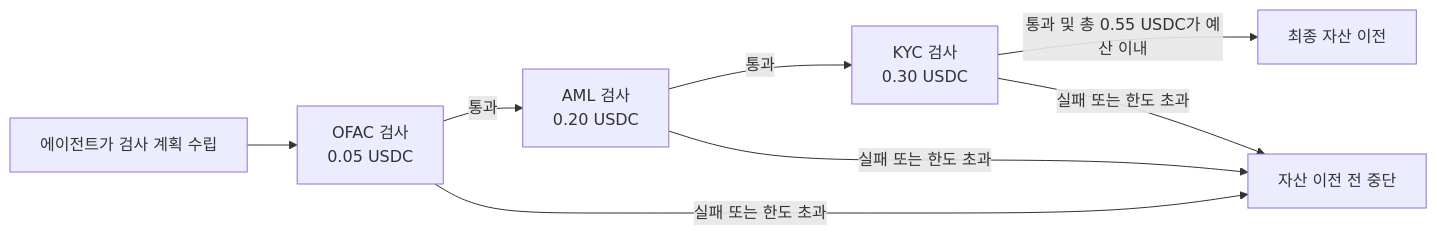
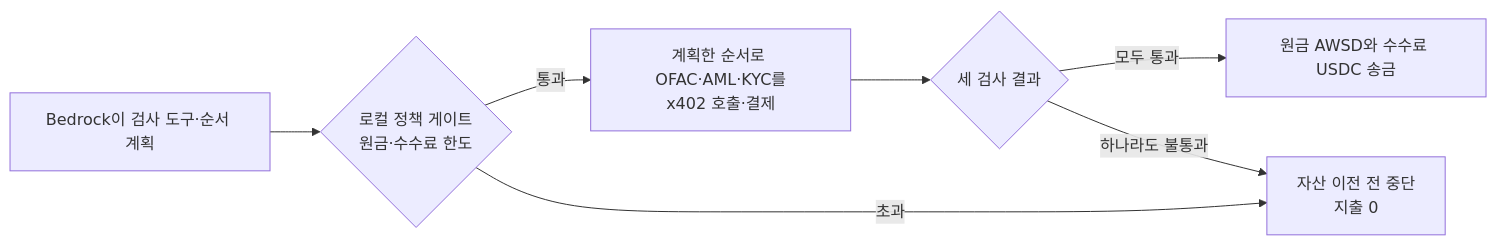
One commit to eunsujeo/eunpus changed the fourth of 6 diagrams in blockchain-manager/docs/디지털 자산/에이전트 결제/04-aws-wallet-key-and-agent-payment.md. Above: the diagram before and after it, drawn with Mermaid. The commit also changed other lines of this file and 6 other files, not shown here.

````diff
--- a/blockchain-manager/docs/디지털 자산/에이전트 결제/04-aws-wallet-key-and-agent-payment.md
+++ b/blockchain-manager/docs/디지털 자산/에이전트 결제/04-aws-wallet-key-and-agent-payment.md
@@ -120,10 +152,9 @@
 ```mermaid
 flowchart LR
-    PLAN[에이전트가 검사 계획 수립] --> OFAC[OFAC 검사<br/>0.05 USDC]
-    OFAC -->|통과| AML[AML 검사<br/>0.20 USDC]
-    AML -->|통과| KYC[KYC 검사<br/>0.30 USDC]
-    KYC -->|통과 및 총 0.55 USDC가 예산 이내| TRANSFER[최종 자산 이전]
-    OFAC -->|실패 또는 한도 초과| STOP[자산 이전 전 중단]
-    AML -->|실패 또는 한도 초과| STOP
-    KYC -->|실패 또는 한도 초과| STOP
+    PLAN[Bedrock이 검사 도구·순서 계획] --> LIMIT{로컬 정책 게이트<br/>원금·수수료 한도}
+    LIMIT -->|통과| TESTS[계획한 순서로 OFAC·AML·KYC를<br/>x402 호출·결제]
+    LIMIT -->|초과| STOP[자산 이전 전 중단<br/>지출 0]
+    TESTS --> RESULT{세 검사 결과}
+    RESULT -->|모두 통과| TRANSFER[원금 AWSD와 수수료 USDC 송금]
+    RESULT -->|하나라도 불통과| STOP
 ```
````
